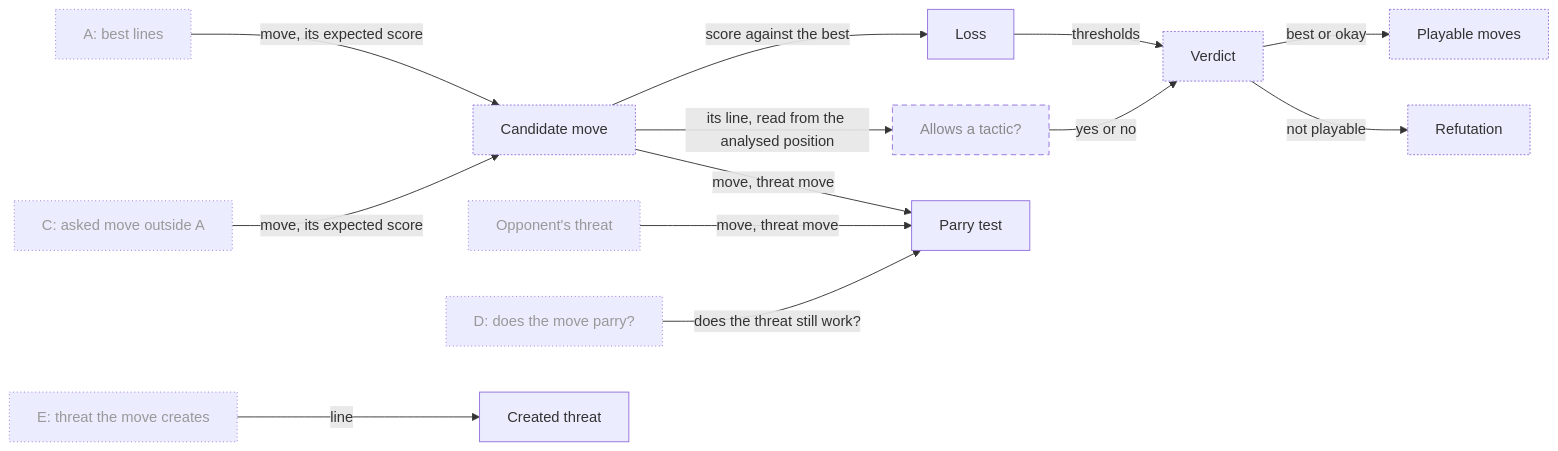
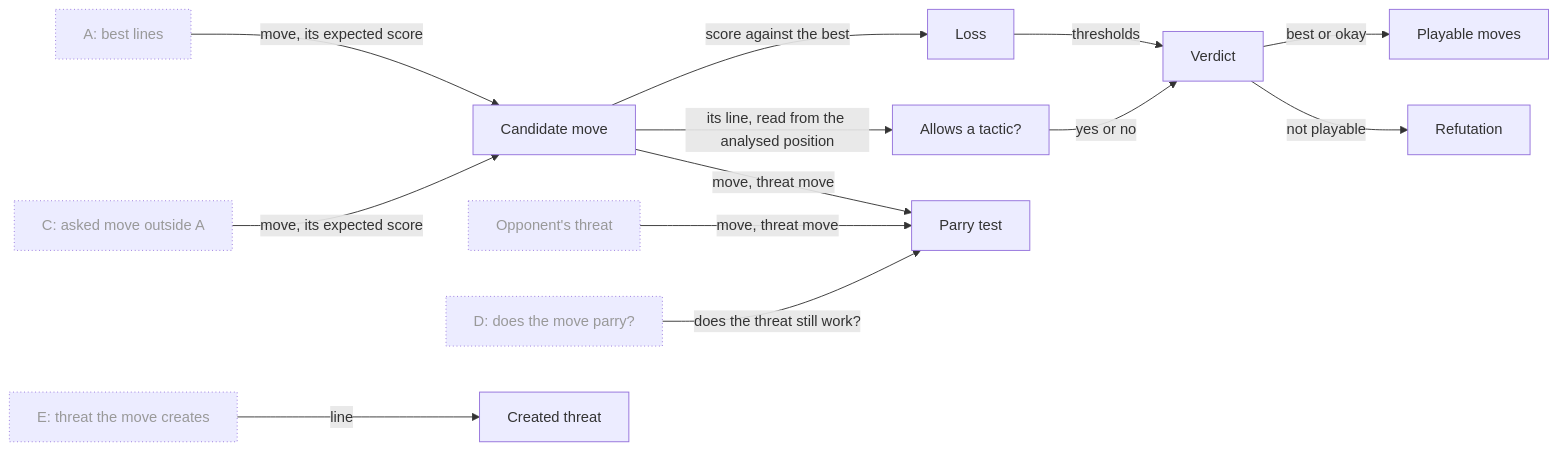
One commit to aurja/ChessWhy changed the fifth of 22 diagrams in Planning/DBC/CONCEPTS.md. Above: the diagram before and after it, drawn with Mermaid. The commit also changed other lines of this file and 34 other files, not shown here.

````diff
--- a/Planning/DBC/CONCEPTS.md
+++ b/Planning/DBC/CONCEPTS.md
@@ -212,32 +211,30 @@
 ```mermaid
 flowchart LR
     SearchA["A: best lines"]
     SearchC["C: asked move outside A"]
     SearchD["D: does the move parry?"]
     SearchE["E: threat the move creates"]
     OpponentThreat["Opponent's threat"]
     CandidateMove["Candidate move"]
     Loss["Loss"]
     AllowsTactic["Allows a tactic?"]
     Verdict["Verdict"]
     PlayableSet["Playable moves"]
     ParryTest["Parry test"]
     CreatedThreat["Created threat"]
     Refutation["Refutation"]
     SearchA & SearchC -->|move, its expected score| CandidateMove
     CandidateMove -->|score against the best| Loss
     CandidateMove -->|its line, read from the analysed position| AllowsTactic
     Loss -->|thresholds| Verdict
     AllowsTactic -->|yes or no| Verdict
     Verdict -->|best or okay| PlayableSet
     Verdict -->|not playable| Refutation
     CandidateMove & OpponentThreat -->|move, threat move| ParryTest
     SearchD -->|does the threat still work?| ParryTest
     SearchE -->|line| CreatedThreat
     classDef planned stroke-dasharray:6 4,color:#888
     classDef partial stroke-dasharray:2 2
     classDef external stroke-dasharray:1 3,color:#999
     class SearchA,SearchC,SearchD,SearchE,OpponentThreat external
-    class CandidateMove,Verdict,PlayableSet,Refutation partial
-    class AllowsTactic planned
 ```
````
